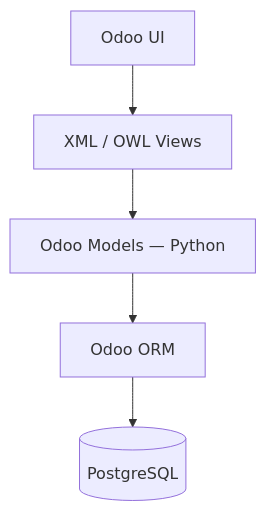
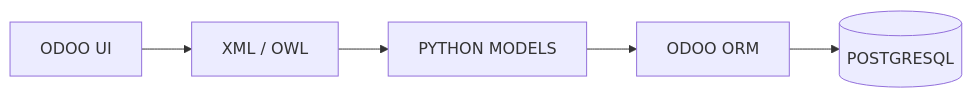
The second of 3 diagrams in README.md (Sharatpsd/Sharatpsd), drawn with Mermaid before and after one commit. The commit also changed other lines of this file, not shown here.

````diff
--- a/README.md
+++ b/README.md
@@ -161,7 +271,7 @@
 ```mermaid
-flowchart TD
-    A[Odoo UI] --> B[XML / OWL Views]
-    B --> C[Odoo Models — Python]
-    C --> D[Odoo ORM]
-    D --> E[(PostgreSQL)]
+flowchart LR
+    A[ODOO UI] --> B[XML / OWL]
+    B --> C[PYTHON MODELS]
+    C --> D[ODOO ORM]
+    D --> E[(POSTGRESQL)]
 ```
````
